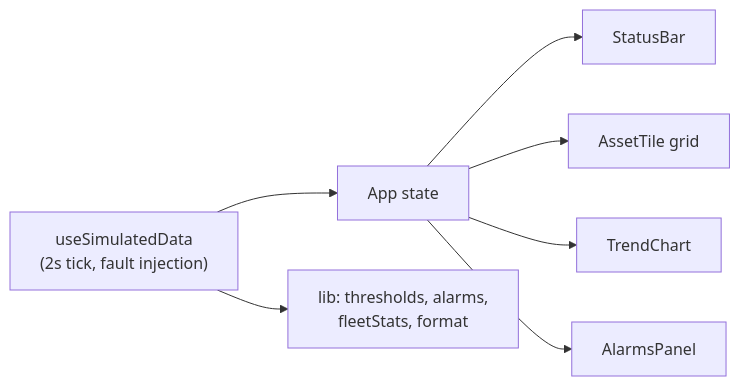
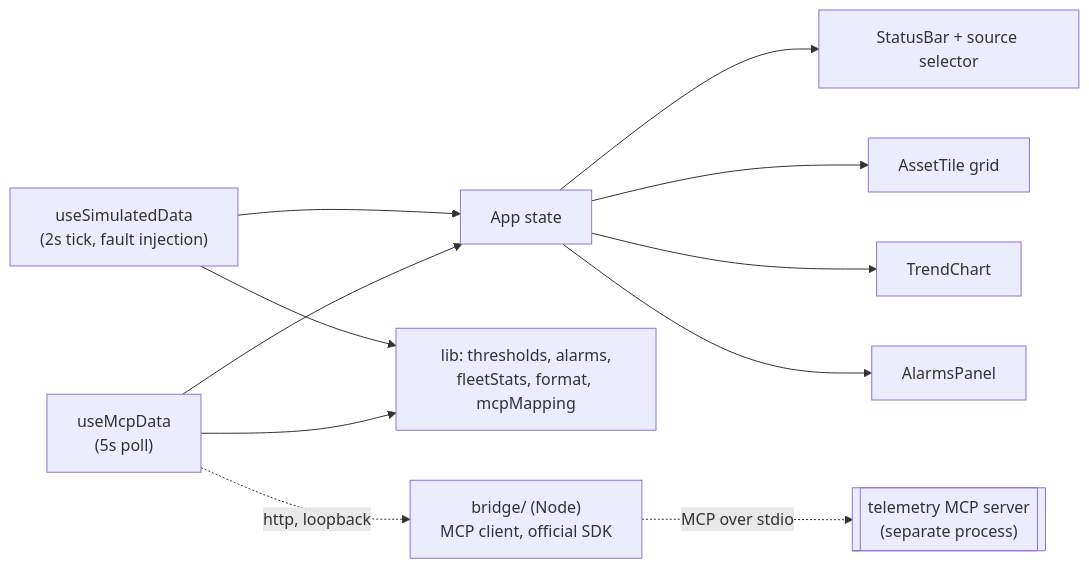
Before and after one commit to Younes-Alaoui-Ismaili/Industrial-telemetry-dashboard: the diagram in README.md, drawn with Mermaid. The commit also changed other lines of this file and 29 other files, not shown here.

First line of the commit message:
feat: add a live MCP data source alongside the simulator (#4)

````diff
--- a/README.md
+++ b/README.md
@@ -44,9 +73,13 @@
 ```mermaid
 flowchart LR
-    Hook["useSimulatedData<br/>(2s tick, fault injection)"] --> State[App state]
-    State --> Bar[StatusBar]
+    Sim["useSimulatedData<br/>(2s tick, fault injection)"] --> State[App state]
+    Mcp["useMcpData<br/>(5s poll)"] --> State
+    State --> Bar[StatusBar + source selector]
     State --> Grid[AssetTile grid]
     State --> Trend[TrendChart]
     State --> Panel[AlarmsPanel]
-    Hook --> Lib["lib: thresholds, alarms,<br/>fleetStats, format"]
+    Sim --> Lib["lib: thresholds, alarms,<br/>fleetStats, format, mcpMapping"]
+    Mcp --> Lib
+    Mcp -. "http, loopback" .-> Bridge["bridge/ (Node)<br/>MCP client, official SDK"]
+    Bridge -. "MCP over stdio" .-> Server[["telemetry MCP server<br/>(separate process)"]]
 ```
````
